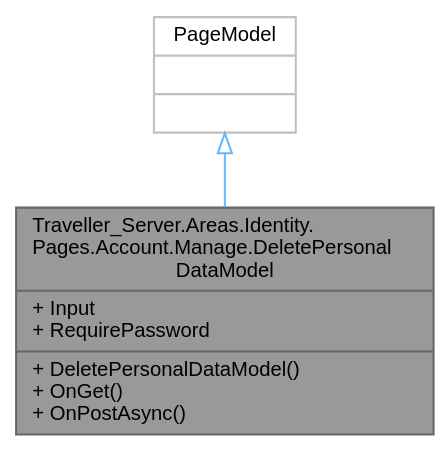
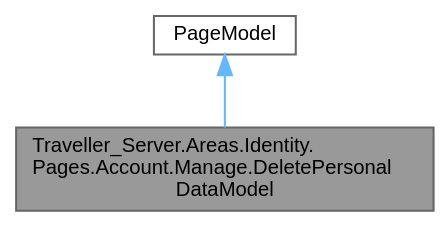
Before and after one commit to VenelinArgirov/manual-tecnico.github.io: the diagram in Servidor/class_traveller___server_1_1_areas_1_1_identity_1_1_pages_1_1_account_1_1_manage_1_1_delete_personal_data_model__inherit__graph.dot, drawn with Graphviz. The commit also changed 819 other files, not shown here.

```diff
--- a/Servidor/class_traveller___server_1_1_areas_1_1_identity_1_1_pages_1_1_account_1_1_manage_1_1_delete_personal_data_model__inherit__graph.dot
+++ b/Servidor/class_traveller___server_1_1_areas_1_1_identity_1_1_pages_1_1_account_1_1_manage_1_1_delete_personal_data_model__inherit__graph.dot
@@ -1,10 +1,10 @@
 digraph "Traveller_Server.Areas.Identity.Pages.Account.Manage.DeletePersonalDataModel"
 {
  // LATEX_PDF_SIZE
   bgcolor="transparent";
   edge [fontname=Helvetica,fontsize=10,labelfontname=Helvetica,labelfontsize=10];
   node [fontname=Helvetica,fontsize=10,shape=box,height=0.2,width=0.4];
-  Node1 [shape=record,label="{Traveller_Server.Areas.Identity.\lPages.Account.Manage.DeletePersonal\lDataModel\n|+ Input\l+ RequirePassword\l|+ DeletePersonalDataModel()\l+ OnGet()\l+ OnPostAsync()\l}",height=0.2,width=0.4,color="gray40", fillcolor="grey60", style="filled", fontcolor="black",tooltip=" "];
-  Node2 -> Node1 [dir="back",color="steelblue1",style="solid",arrowtail="onormal"];
-  Node2 [shape=record,label="{PageModel\n||}",height=0.2,width=0.4,color="grey75", fillcolor="white", style="filled",tooltip=" "];
+  Node1 [label="Traveller_Server.Areas.Identity.\lPages.Account.Manage.DeletePersonal\lDataModel",height=0.2,width=0.4,color="gray40", fillcolor="grey60", style="filled", fontcolor="black",tooltip=" "];
+  Node2 -> Node1 [dir="back",color="steelblue1",style="solid"];
+  Node2 [label="PageModel",height=0.2,width=0.4,color="gray40", fillcolor="white", style="filled",tooltip=" "];
 }
```
